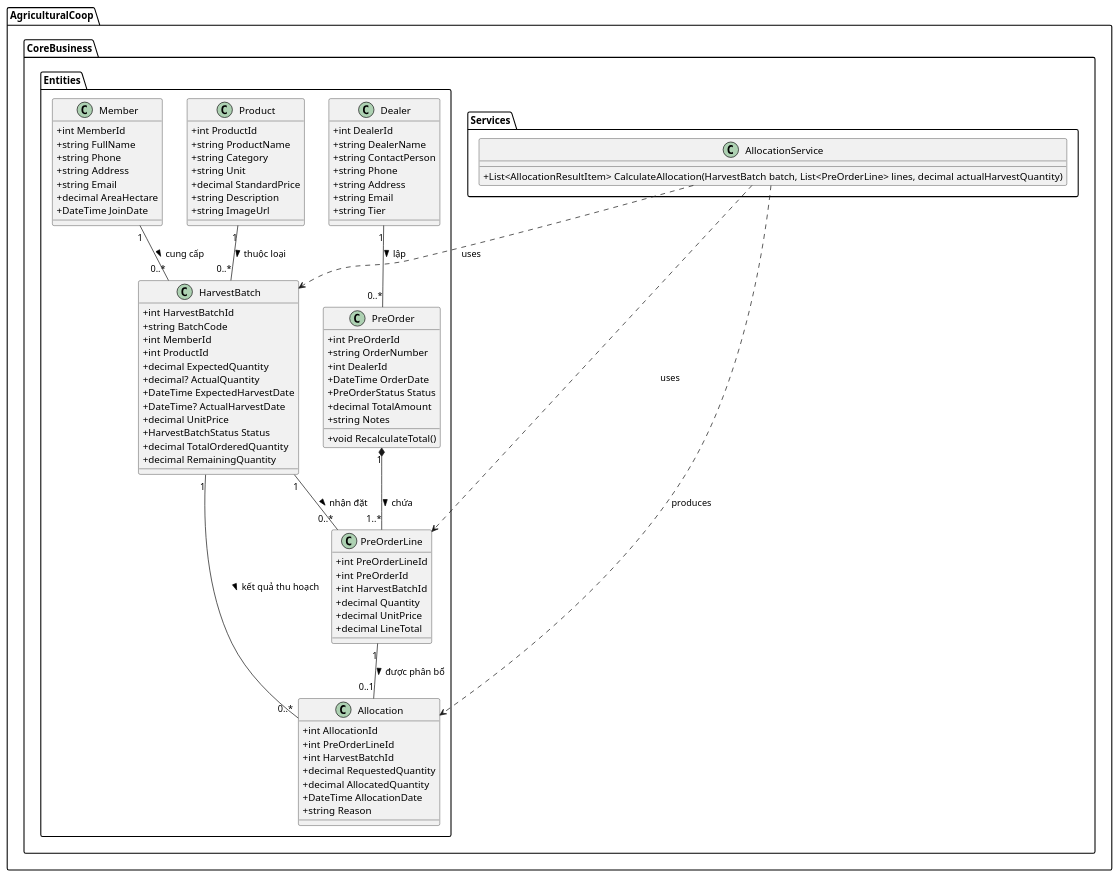
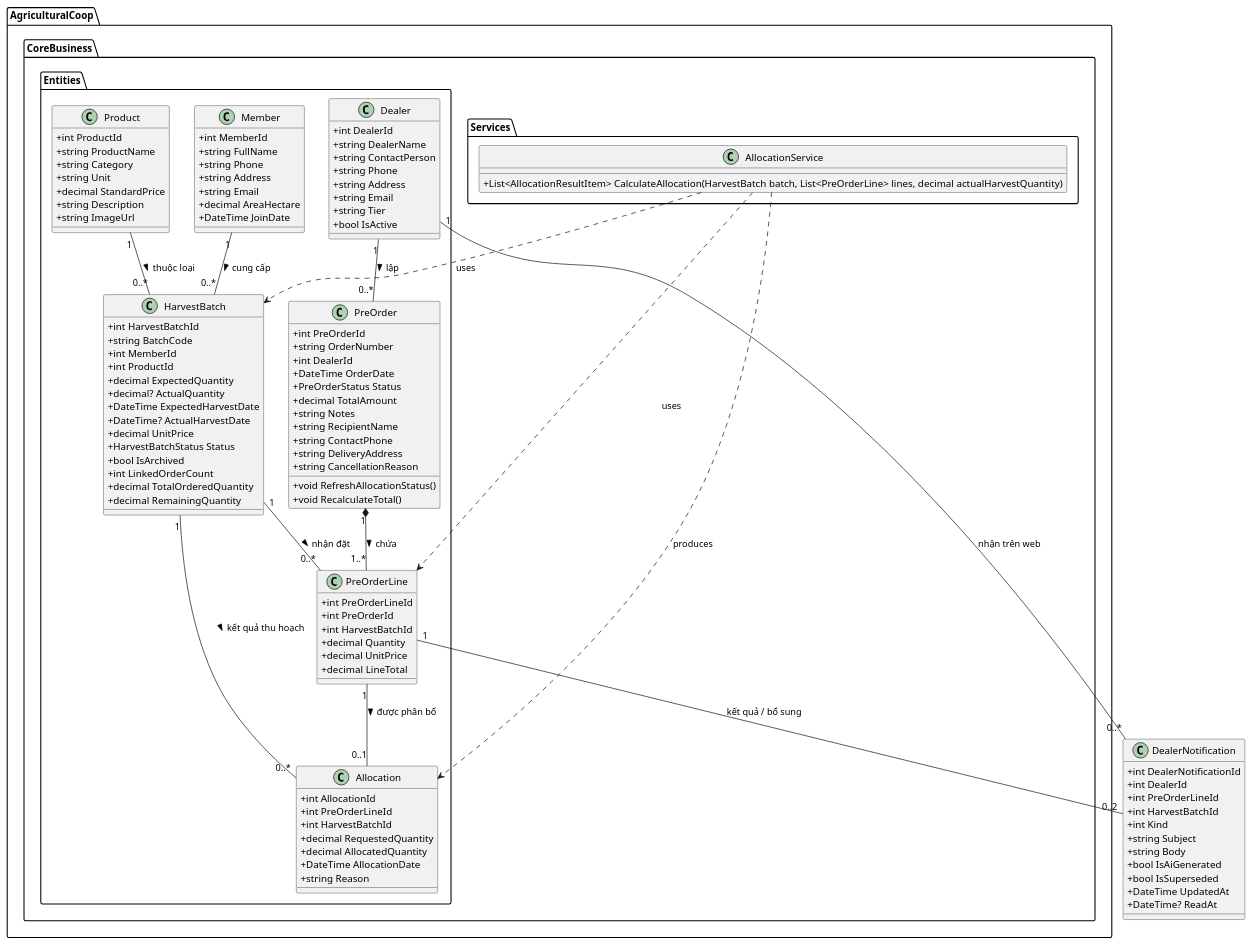
One commit to LinhLee205/AgriculturalCoop_CK changed the diagram in UML/ClassDiagram.puml. Above: the diagram before and after it, drawn with PlantUML. The commit also changed 116 other files, not shown here.

```diff
--- a/UML/ClassDiagram.puml
+++ b/UML/ClassDiagram.puml
@@ -1,100 +1,123 @@
 @startuml ClassDiagram
 skinparam classAttributeIconSize 0
 
 package "AgriculturalCoop.CoreBusiness.Entities" {
     class Member {
         +int MemberId
         +string FullName
         +string Phone
         +string Address
         +string Email
         +decimal AreaHectare
         +DateTime JoinDate
     }
 
     class Product {
         +int ProductId
         +string ProductName
         +string Category
         +string Unit
         +decimal StandardPrice
         +string Description
         +string ImageUrl
     }
 
     class HarvestBatch {
         +int HarvestBatchId
         +string BatchCode
         +int MemberId
         +int ProductId
         +decimal ExpectedQuantity
         +decimal? ActualQuantity
         +DateTime ExpectedHarvestDate
         +DateTime? ActualHarvestDate
         +decimal UnitPrice
         +HarvestBatchStatus Status
+        +bool IsArchived
+        +int LinkedOrderCount
         +decimal TotalOrderedQuantity
         +decimal RemainingQuantity
     }
 
     class Dealer {
         +int DealerId
         +string DealerName
         +string ContactPerson
         +string Phone
         +string Address
         +string Email
         +string Tier
+        +bool IsActive
     }
 
     class PreOrder {
         +int PreOrderId
         +string OrderNumber
         +int DealerId
         +DateTime OrderDate
         +PreOrderStatus Status
         +decimal TotalAmount
         +string Notes
+        +string RecipientName
+        +string ContactPhone
+        +string DeliveryAddress
+        +string CancellationReason
+        +void RefreshAllocationStatus()
         +void RecalculateTotal()
     }
 
     class PreOrderLine {
         +int PreOrderLineId
         +int PreOrderId
         +int HarvestBatchId
         +decimal Quantity
         +decimal UnitPrice
         +decimal LineTotal
     }
 
     class Allocation {
         +int AllocationId
         +int PreOrderLineId
         +int HarvestBatchId
         +decimal RequestedQuantity
         +decimal AllocatedQuantity
         +DateTime AllocationDate
         +string Reason
     }
 }
 
 package "AgriculturalCoop.CoreBusiness.Services" {
     class AllocationService {
         +List<AllocationResultItem> CalculateAllocation(HarvestBatch batch, List<PreOrderLine> lines, decimal actualHarvestQuantity)
     }
 }
 
 ' Mối quan hệ giữa các thực thể
 Member "1" -- "0..*" HarvestBatch : cung cấp >
 Product "1" -- "0..*" HarvestBatch : thuộc loại >
 Dealer "1" -- "0..*" PreOrder : lập >
 PreOrder "1" *-- "1..*" PreOrderLine : chứa >
 HarvestBatch "1" -- "0..*" PreOrderLine : nhận đặt >
 PreOrderLine "1" -- "0..1" Allocation : được phân bổ >
 HarvestBatch "1" -- "0..*" Allocation : kết quả thu hoạch >
 
 AllocationService ..> HarvestBatch : uses
 AllocationService ..> PreOrderLine : uses
 AllocationService ..> Allocation : produces
 
+class DealerNotification {
+    +int DealerNotificationId
+    +int DealerId
+    +int PreOrderLineId
+    +int HarvestBatchId
+    +int Kind
+    +string Subject
+    +string Body
+    +bool IsAiGenerated
+    +bool IsSuperseded
+    +DateTime UpdatedAt
+    +DateTime? ReadAt
+}
+Dealer "1" -- "0..*" DealerNotification : nhận trên web
+PreOrderLine "1" -- "0..2" DealerNotification : kết quả / bổ sung
 @enduml
```
